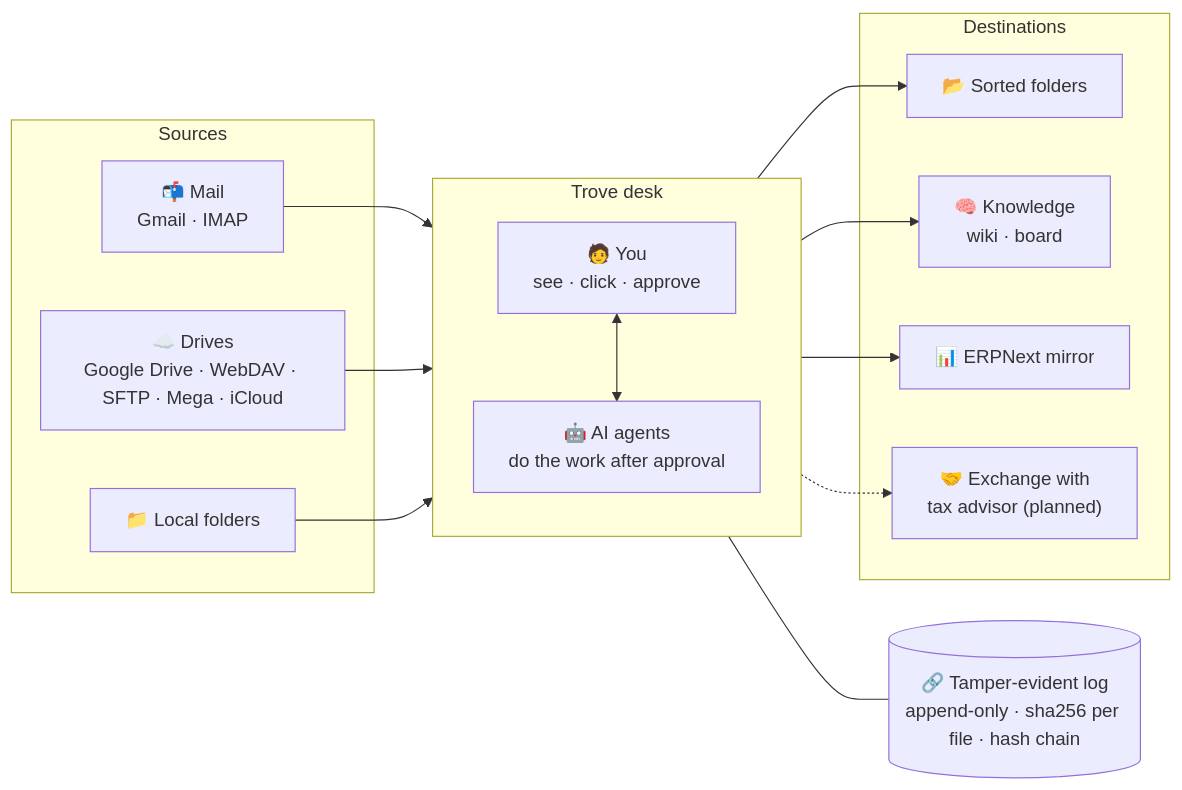
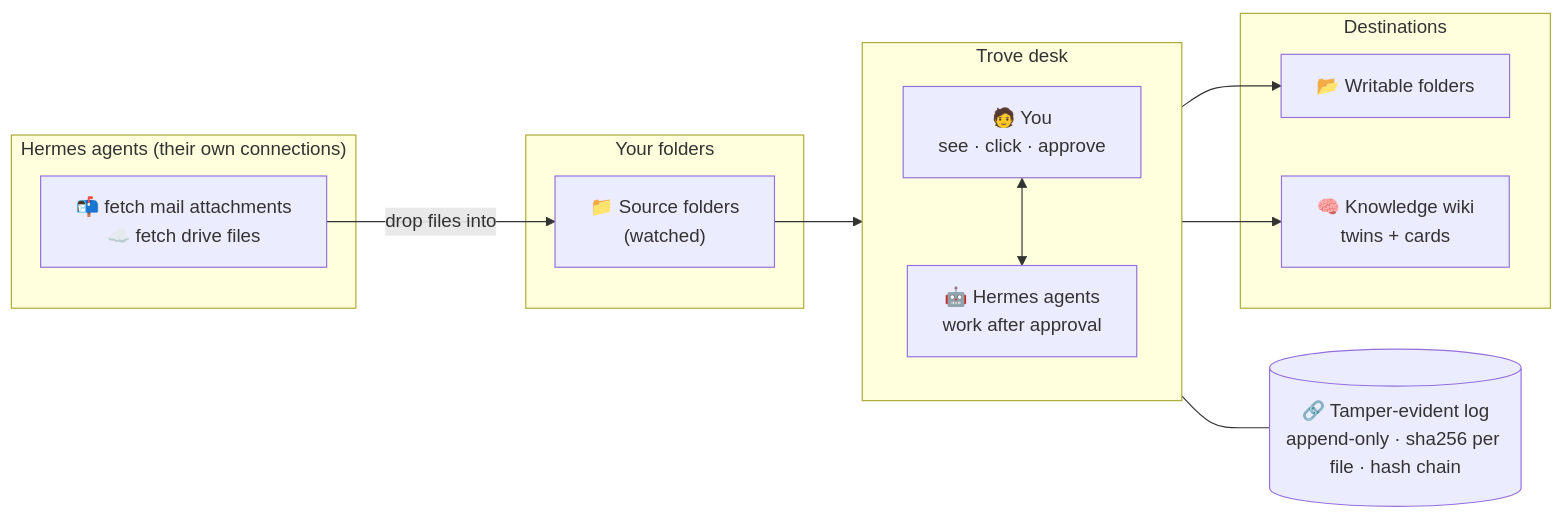
The diagram in README.md (Reraise-ai/trove), drawn with Mermaid before and after one commit. The commit also changed other lines of this file and 1 other file, not shown here.

````diff
--- a/README.md
+++ b/README.md
@@ -84,32 +80,24 @@
 ```mermaid
 flowchart LR
-  subgraph S["Sources"]
-    M["📬 Mail<br/>Gmail · IMAP"]
-    D["☁️ Drives<br/>Google Drive · WebDAV · SFTP · Mega · iCloud"]
-    F["📁 Local folders"]
+  subgraph S["Your folders"]
+    F["📁 Source folders<br/>(watched)"]
   end
-
+  subgraph AG["Hermes agents (their own connections)"]
+    M["📬 fetch mail attachments<br/>☁️ fetch drive files"]
+  end
   subgraph T["Trove desk"]
     H["🧑 You<br/>see · click · approve"]
-    A["🤖 AI agents<br/>do the work after approval"]
+    A["🤖 Hermes agents<br/>work after approval"]
     H <--> A
   end
-
   subgraph Z["Destinations"]
-    O["📂 Sorted folders"]
-    K["🧠 Knowledge<br/>wiki · board"]
-    E["📊 ERPNext mirror"]
-    X["🤝 Exchange with<br/>tax advisor (planned)"]
+    O["📂 Writable folders"]
+    K["🧠 Knowledge wiki<br/>twins + cards"]
   end
-
-  M --> T
-  D --> T
+  M -- "drop files into" --> F
   F --> T
   T --> O
   T --> K
-  T --> E
-  T -.-> X
-
   L[("🔗 Tamper-evident log<br/>append-only · sha256 per file · hash chain")]
   T --- L
 ```
````
